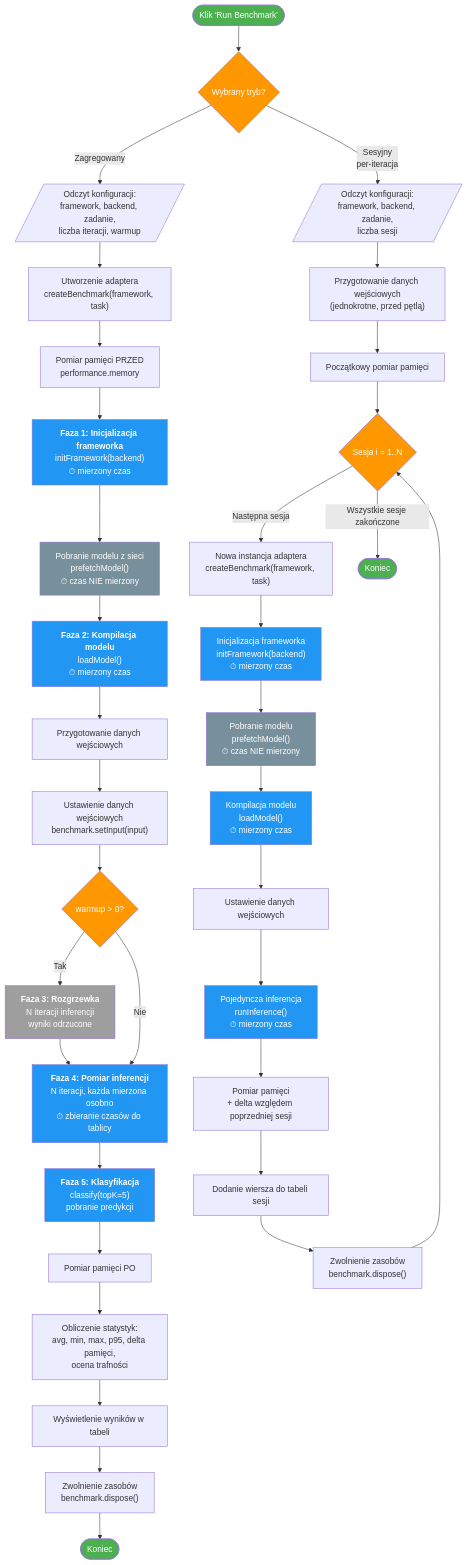
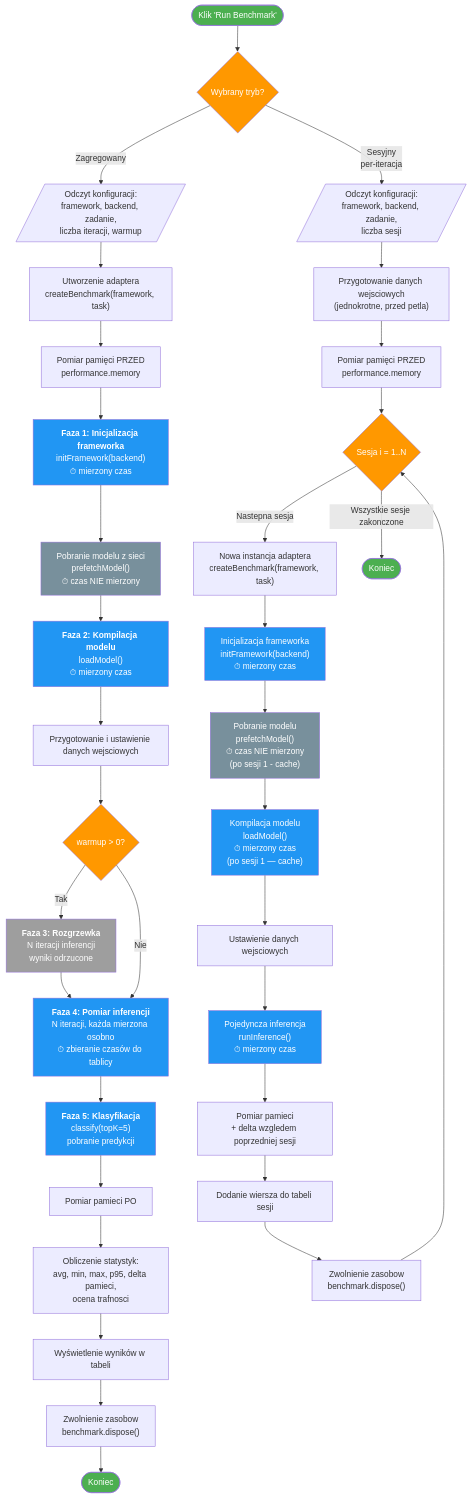
One commit to amalolepszy/local-models-benchmark changed the first of 2 diagrams in docs/benchmark-flow.md. Above: the diagram before and after it, drawn with Mermaid. The commit also changed other lines of this file, not shown here.

Commit message:
Gen better diagrams

````diff
--- a/docs/benchmark-flow.md
+++ b/docs/benchmark-flow.md
@@ -3,62 +15,61 @@
 ```mermaid
 flowchart TD
     Start([Klik 'Run Benchmark']) --> ModeCheck{Wybrany tryb?}
 
     %% ===== TRYB ZAGREGOWANY =====
     ModeCheck -->|Zagregowany| A_Config[/Odczyt konfiguracji:<br/>framework, backend, zadanie,<br/>liczba iteracji, warmup/]
     A_Config --> A_Create["Utworzenie adaptera<br/>createBenchmark(framework, task)"]
     A_Create --> A_MemBefore["Pomiar pamięci PRZED<br/>performance.memory"]
     A_MemBefore --> A_Init["<b>Faza 1: Inicjalizacja frameworka</b><br/>initFramework(backend)<br/>⏱ mierzony czas"]
     A_Init --> A_Prefetch["Pobranie modelu z sieci<br/>prefetchModel()<br/>⏱ czas NIE mierzony"]
     A_Prefetch --> A_Load["<b>Faza 2: Kompilacja modelu</b><br/>loadModel()<br/>⏱ mierzony czas"]
-    A_Load --> A_Input["Przygotowanie danych wejściowych"]
-    A_Input --> A_SetInput["Ustawienie danych wejściowych<br/>benchmark.setInput(input)"]
-    A_SetInput --> A_WarmupCheck{warmup > 0?}
+    A_Load --> A_Input["Przygotowanie i ustawienie danych wejsciowych"]
+    A_Input --> A_WarmupCheck{warmup > 0?}
     A_WarmupCheck -->|Tak| A_Warmup["<b>Faza 3: Rozgrzewka</b><br/>N iteracji inferencji<br/>wyniki odrzucone"]
     A_Warmup --> A_Infer
     A_WarmupCheck -->|Nie| A_Infer
     A_Infer["<b>Faza 4: Pomiar inferencji</b><br/>N iteracji, każda mierzona osobno<br/>⏱ zbieranie czasów do tablicy"]
     A_Infer --> A_Classify["<b>Faza 5: Klasyfikacja</b><br/>classify(topK=5)<br/>pobranie predykcji"]
-    A_Classify --> A_MemAfter["Pomiar pamięci PO"]
-    A_MemAfter --> A_Stats["Obliczenie statystyk:<br/>avg, min, max, p95, delta pamięci,<br/>ocena trafności"]
+    A_Classify --> A_MemAfter["Pomiar pamieci PO"]
+    A_MemAfter --> A_Stats["Obliczenie statystyk:<br/>avg, min, max, p95, delta pamieci,<br/>ocena trafnosci"]
     A_Stats --> A_Display["Wyświetlenie wyników w tabeli"]
-    A_Display --> A_Dispose["Zwolnienie zasobów<br/>benchmark.dispose()"]
+    A_Display --> A_Dispose["Zwolnienie zasobow<br/>benchmark.dispose()"]
     A_Dispose --> A_End([Koniec])
 
     %% ===== TRYB SESYJNY =====
     ModeCheck -->|Sesyjny<br/>per-iteracja| S_Config[/Odczyt konfiguracji:<br/>framework, backend, zadanie,<br/>liczba sesji/]
-    S_Config --> S_Input["Przygotowanie danych wejściowych<br/>(jednokrotne, przed pętlą)"]
-    S_Input --> S_MemInit["Początkowy pomiar pamięci"]
+    S_Config --> S_Input["Przygotowanie danych wejsciowych<br/>(jednokrotne, przed petla)"]
+    S_Input --> S_MemInit["Pomiar pamięci PRZED<br/>performance.memory"]
     S_MemInit --> S_Loop{"Sesja i = 1..N"}
 
-    S_Loop -->|Następna sesja| S_Create["Nowa instancja adaptera<br/>createBenchmark(framework, task)"]
+    S_Loop -->|Nastepna sesja| S_Create["Nowa instancja adaptera<br/>createBenchmark(framework, task)"]
     S_Create --> S_Init["Inicjalizacja frameworka<br/>initFramework(backend)<br/>⏱ mierzony czas"]
-    S_Init --> S_Prefetch["Pobranie modelu<br/>prefetchModel()<br/>⏱ czas NIE mierzony"]
-    S_Prefetch --> S_Load["Kompilacja modelu<br/>loadModel()<br/>⏱ mierzony czas"]
-    S_Load --> S_SetInput["Ustawienie danych wejściowych"]
+    S_Init --> S_Prefetch["Pobranie modelu<br/>prefetchModel()<br/>⏱ czas NIE mierzony<br/>(po sesji 1 - cache)"]
+    S_Prefetch --> S_Load["Kompilacja modelu<br/>loadModel()<br/>⏱ mierzony czas<br/>(po sesji 1 — cache)"]
+    S_Load --> S_SetInput["Ustawienie danych wejsciowych"]
     S_SetInput --> S_Infer["Pojedyncza inferencja<br/>runInference()<br/>⏱ mierzony czas"]
-    S_Infer --> S_Mem["Pomiar pamięci<br/>+ delta względem poprzedniej sesji"]
+    S_Infer --> S_Mem["Pomiar pamieci<br/>+ delta wzgledem poprzedniej sesji"]
     S_Mem --> S_Row["Dodanie wiersza do tabeli sesji"]
-    S_Row --> S_Dispose["Zwolnienie zasobów<br/>benchmark.dispose()"]
+    S_Row --> S_Dispose["Zwolnienie zasobow<br/>benchmark.dispose()"]
     S_Dispose --> S_Loop
 
-    S_Loop -->|Wszystkie sesje zakończone| S_End([Koniec])
+    S_Loop -->|Wszystkie sesje zakonczone| S_End([Koniec])
 
     %% ===== STYL =====
     style Start fill:#4CAF50,color:#fff
     style A_End fill:#4CAF50,color:#fff
     style S_End fill:#4CAF50,color:#fff
     style ModeCheck fill:#FF9800,color:#fff
     style A_WarmupCheck fill:#FF9800,color:#fff
     style S_Loop fill:#FF9800,color:#fff
     style A_Init fill:#2196F3,color:#fff
     style A_Load fill:#2196F3,color:#fff
     style A_Warmup fill:#9E9E9E,color:#fff
     style A_Infer fill:#2196F3,color:#fff
     style A_Classify fill:#2196F3,color:#fff
     style S_Init fill:#2196F3,color:#fff
     style S_Load fill:#2196F3,color:#fff
     style S_Infer fill:#2196F3,color:#fff
     style A_Prefetch fill:#78909C,color:#fff
     style S_Prefetch fill:#78909C,color:#fff
 ```
````
